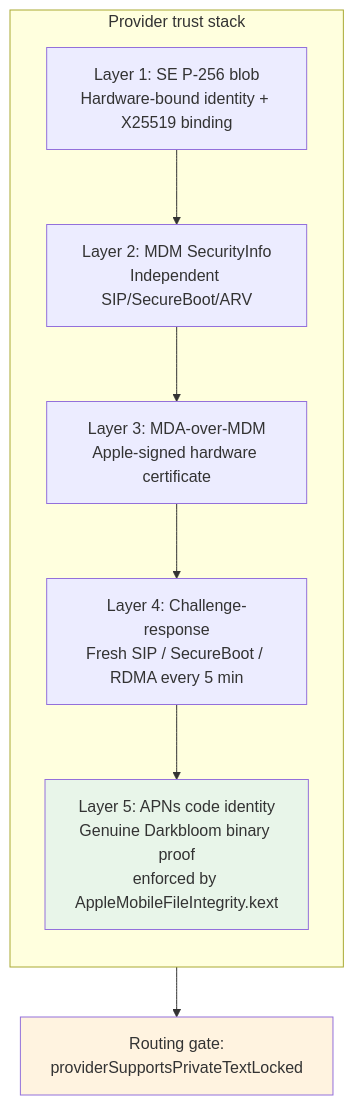
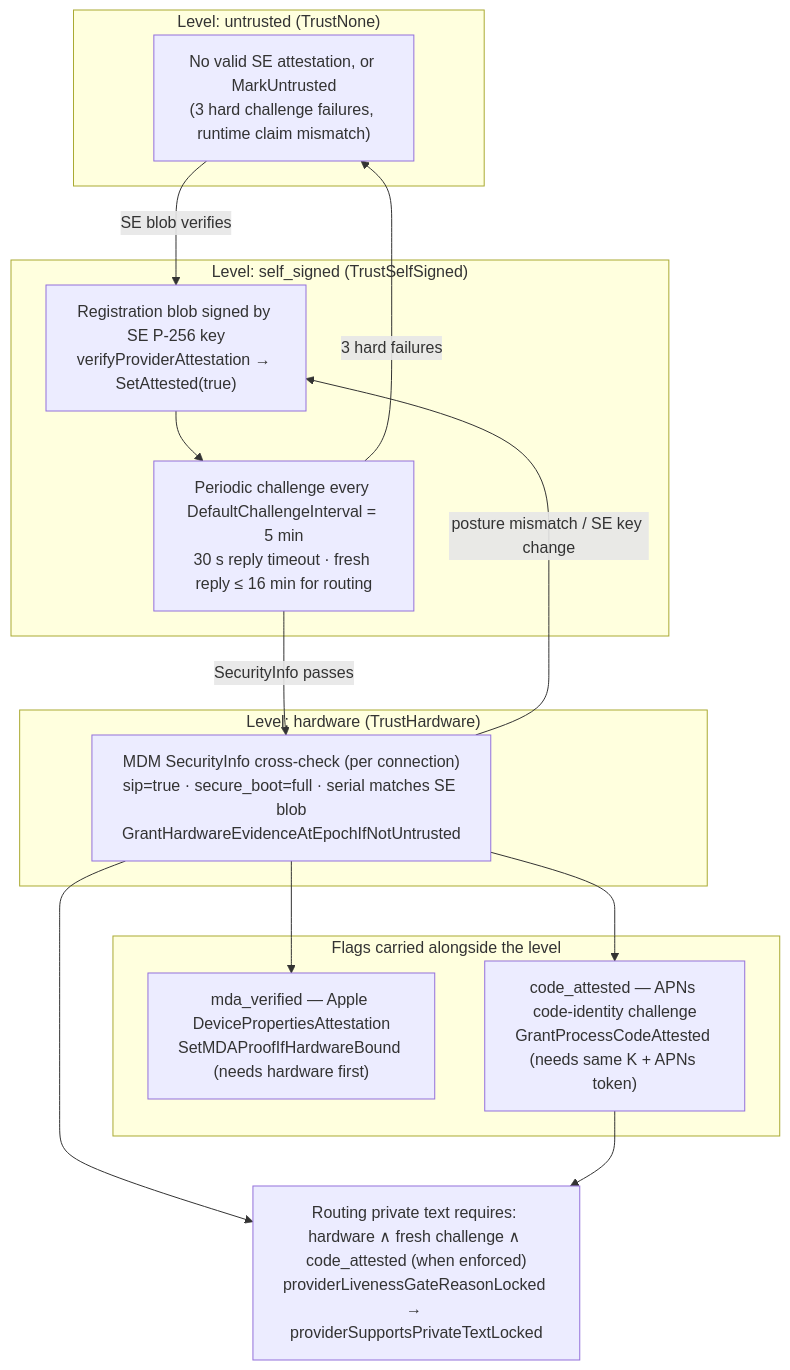
The diagram in docs/assets/diagrams/attestation-layers.mmd (Layr-Labs/d-inference), drawn with Mermaid before and after one commit. The commit also changed 8 other files, not shown here.

First line of the commit message:
docs(diagrams): redraw security diagrams from code and re-render SVG/PNG

```diff
--- a/docs/assets/diagrams/attestation-layers.mmd
+++ b/docs/assets/diagrams/attestation-layers.mmd
@@ -1,20 +1,28 @@
+%% Provider trust stack as built at 5d400cf75. Source of truth for attestation-layers.svg;
+%% re-render after editing: mmdc -i attestation-layers.mmd -o attestation-layers.svg
+%% MDA and code identity are flags carried alongside the level, not levels themselves.
 flowchart TB
-    subgraph layers["Provider trust stack"]
-        direction TB
-        L5["Layer 5: APNs code identity<br/>Genuine Darkbloom binary proof<br/>enforced by AppleMobileFileIntegrity.kext"]
-        L4["Layer 4: Challenge-response<br/>Fresh SIP / SecureBoot / RDMA every 5 min"]
-        L3["Layer 3: MDA-over-MDM<br/>Apple-signed hardware certificate"]
-        L2["Layer 2: MDM SecurityInfo<br/>Independent SIP/SecureBoot/ARV"]
-        L1["Layer 1: SE P-256 blob<br/>Hardware-bound identity + X25519 binding"]
+    subgraph L0["Level: untrusted (TrustNone)"]
+        A0["No valid SE attestation, or MarkUntrusted<br/>(3 hard challenge failures, runtime claim mismatch)"]
     end
-
-    L1 --> L2
-    L2 --> L3
-    L3 --> L4
-    L4 --> L5
-
-    Gate["Routing gate:<br/>providerSupportsPrivateTextLocked"]
-    L5 --> Gate
-
-    style L5 fill:#e8f5e9
-    style Gate fill:#fff3e0
+    subgraph L1["Level: self_signed (TrustSelfSigned)"]
+        A1["Registration blob signed by SE P-256 key<br/>verifyProviderAttestation → SetAttested(true)"]
+        A2["Periodic challenge every DefaultChallengeInterval = 5 min<br/>30 s reply timeout · fresh reply ≤ 16 min for routing"]
+    end
+    subgraph L2["Level: hardware (TrustHardware)"]
+        A3["MDM SecurityInfo cross-check (per connection)<br/>sip=true · secure_boot=full · serial matches SE blob<br/>GrantHardwareEvidenceAtEpochIfNotUntrusted"]
+    end
+    subgraph F["Flags carried alongside the level"]
+        B1["mda_verified — Apple DevicePropertiesAttestation<br/>SetMDAProofIfHardwareBound (needs hardware first)"]
+        B2["code_attested — APNs code-identity challenge<br/>GrantProcessCodeAttested (needs same K + APNs token)"]
+    end
+    A0 -->|"SE blob verifies"| A1
+    A1 --> A2
+    A2 -->|"SecurityInfo passes"| A3
+    A3 --> B1
+    A3 --> B2
+    A2 -->|"3 hard failures"| A0
+    A3 -->|"posture mismatch / SE key change"| A1
+    G["Routing private text requires: hardware ∧ fresh challenge ∧ code_attested (when enforced)<br/>providerLivenessGateReasonLocked → providerSupportsPrivateTextLocked"]
+    A3 --> G
+    B2 --> G
```
